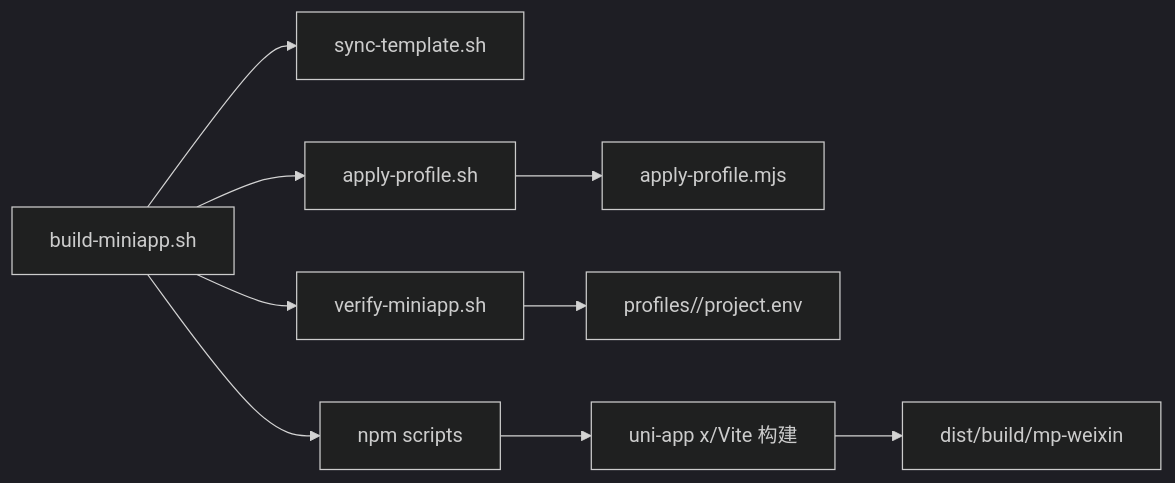
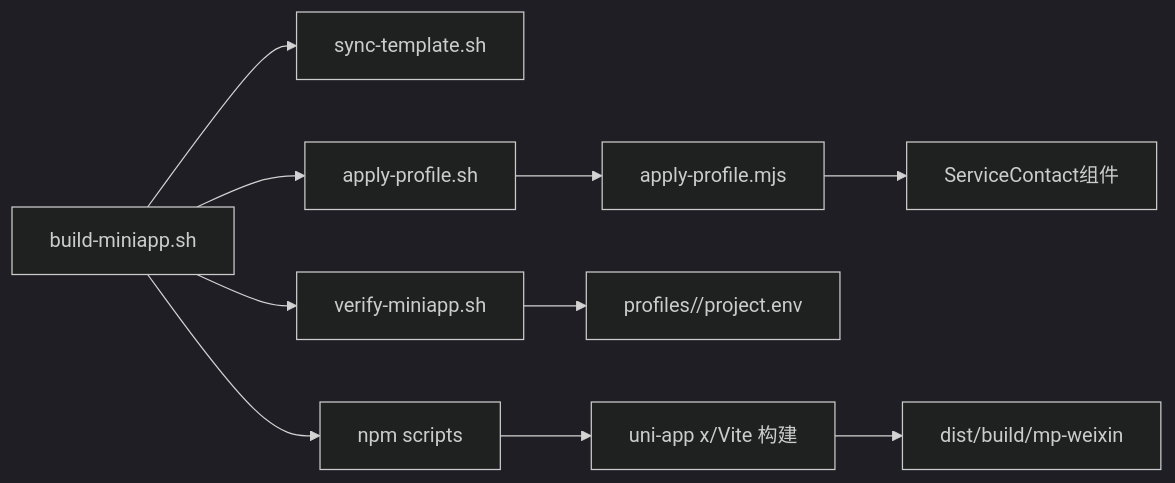
Before and after one commit to crazyma99/blueberry: the fourth of 4 diagrams in .qoder/repowiki/zh/content/构建与部署/构建与部署.md, drawn with Mermaid (dark theme). The commit also changed other lines of this file and 11 other files, not shown here.

````diff
--- a/.qoder/repowiki/zh/content/构建与部署/构建与部署.md
+++ b/.qoder/repowiki/zh/content/构建与部署/构建与部署.md
@@ -307,11 +347,12 @@
 ```mermaid
 graph LR
 Build["build-miniapp.sh"] --> Sync["sync-template.sh"]
 Build --> Apply["apply-profile.sh"]
 Build --> Verify["verify-miniapp.sh"]
 Apply --> MJS["apply-profile.mjs"]
+MJS --> ServiceContact["ServiceContact组件"]
 Verify --> Prof["profiles/<key>/project.env"]
 Build --> NPM["npm scripts"]
 NPM --> Uni["uni-app x/Vite 构建"]
 Uni --> Out["dist/build/mp-weixin"]
 ```
````
